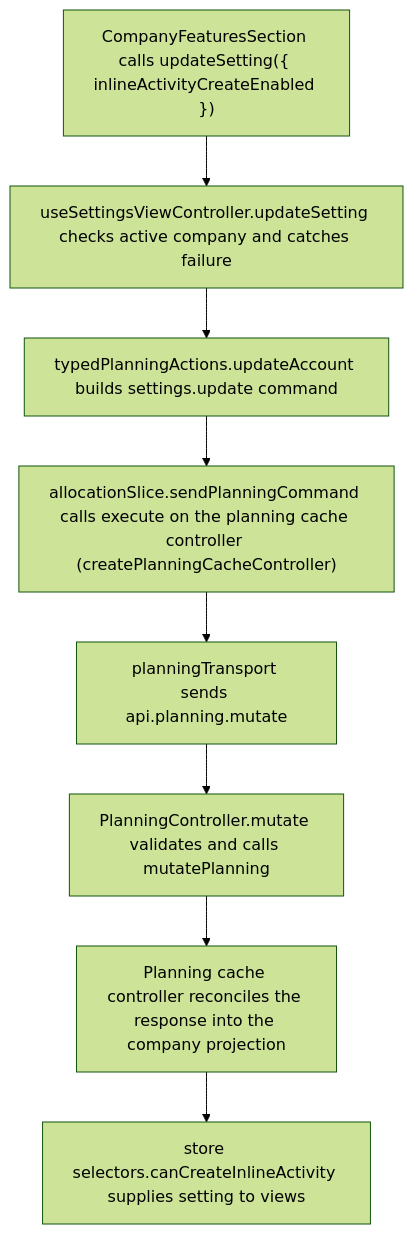
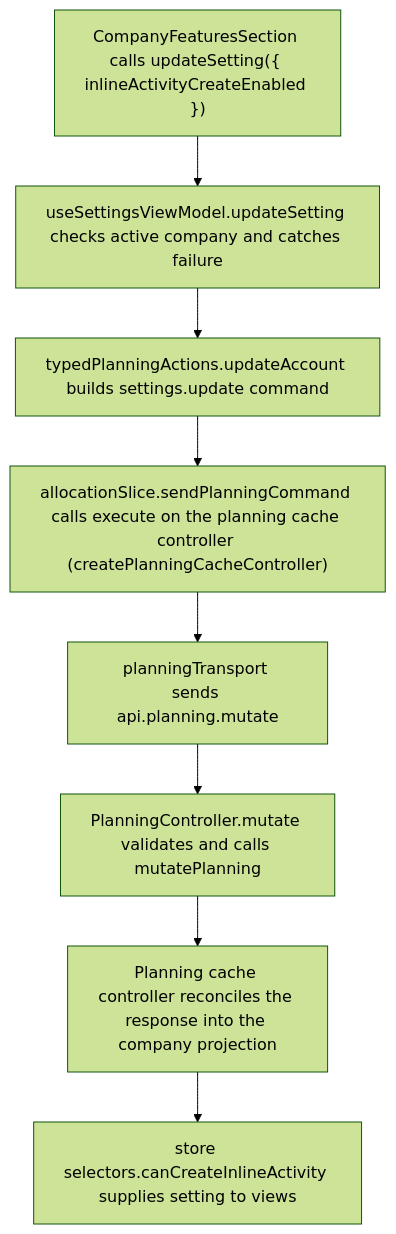
Before and after one commit to Kevinjohn/capacitylens: the second of 2 diagrams in user-stories/settings/US-SET-23-inline-activity-creation.md, drawn with Mermaid (forest theme). The commit also changed other lines of this file and 33 other files, not shown here.

First line of the commit message:
Controller to view model: rename the screen hooks

````diff
--- a/user-stories/settings/US-SET-23-inline-activity-creation.md
+++ b/user-stories/settings/US-SET-23-inline-activity-creation.md
@@ -29,10 +29,10 @@
 ```mermaid
 flowchart TD
-  control["CompanyFeaturesSection calls updateSetting({ inlineActivityCreateEnabled })"] --> view["useSettingsViewController.updateSetting checks active company and catches failure"]
+  control["CompanyFeaturesSection calls updateSetting({ inlineActivityCreateEnabled })"] --> view["useSettingsViewModel.updateSetting checks active company and catches failure"]
   view --> action["typedPlanningActions.updateAccount builds settings.update command"]
   action --> execute["allocationSlice.sendPlanningCommand calls execute on the planning cache controller (createPlanningCacheController)"]
   execute --> transport["planningTransport sends api.planning.mutate"]
   transport --> route["PlanningController.mutate validates and calls mutatePlanning"]
   route --> reply["Planning cache controller reconciles the response into the company projection"]
   reply --> read["store selectors.canCreateInlineActivity supplies setting to views"]
 ```
````
